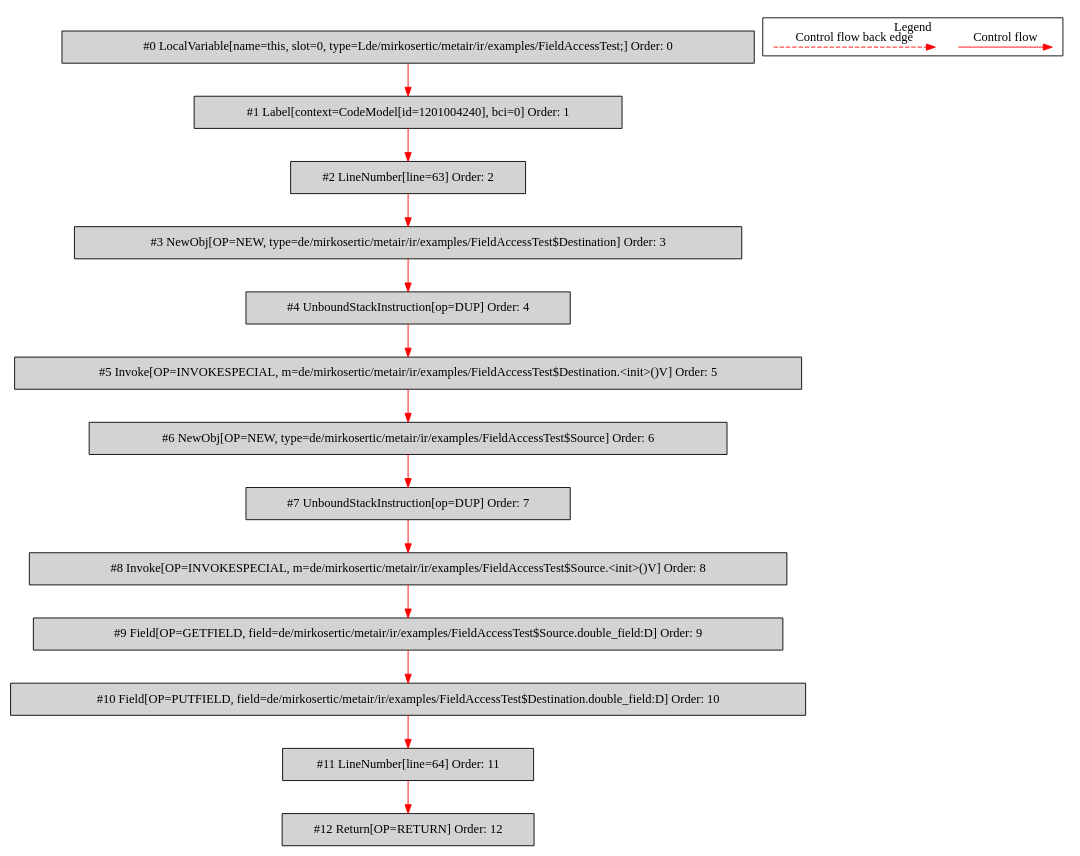
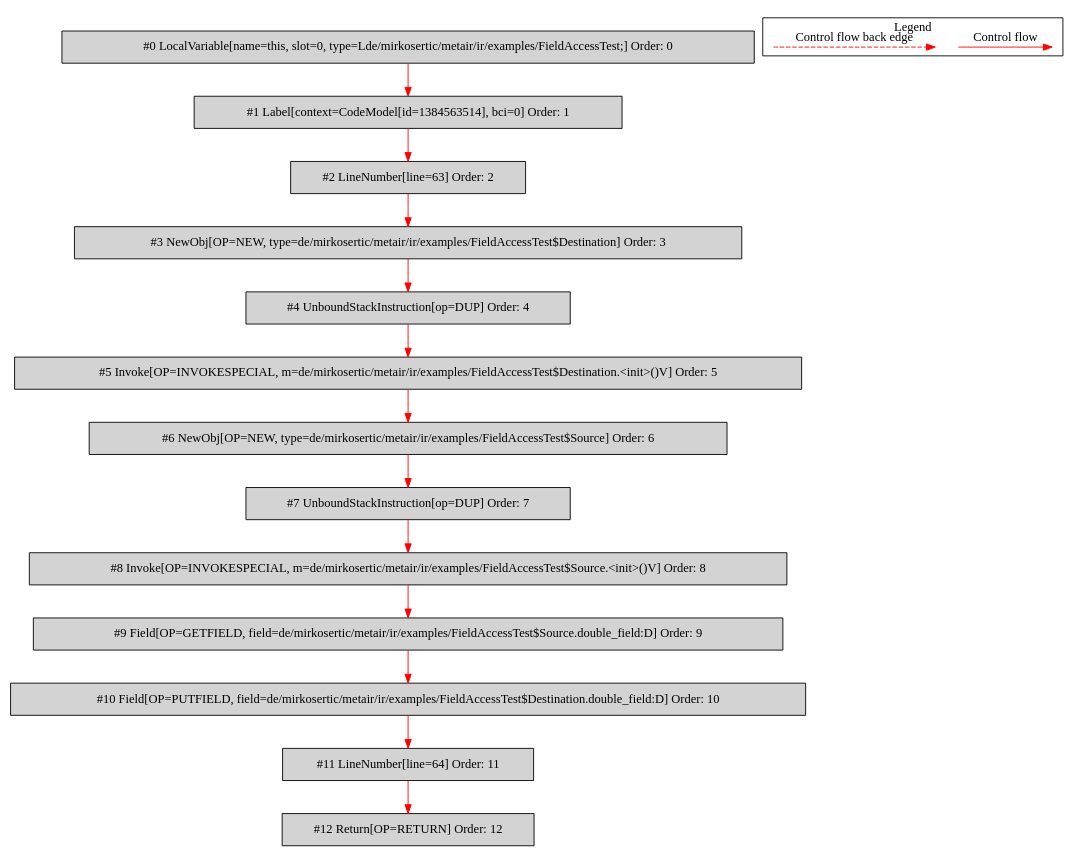
Before and after one commit to mirkosertic/MetaIR: the diagram in de.mirkosertic.metair.ir.examples.FieldAccessTest/copy_double/bytecodecfg.dot, drawn with Graphviz. The commit also changed 77 other files, not shown here.

```diff
--- a/de.mirkosertic.metair.ir.examples.FieldAccessTest/copy_double/bytecodecfg.dot
+++ b/de.mirkosertic.metair.ir.examples.FieldAccessTest/copy_double/bytecodecfg.dot
@@ -1,41 +1,41 @@
 digraph {
  node0[label="#0 LocalVariable[name=this, slot=0, type=Lde/mirkosertic/metair/ir/examples/FieldAccessTest;] Order: 0", shape=box, fillcolor=lightgrey, style=filled];
- node1[label="#1 Label[context=CodeModel[id=1201004240], bci=0] Order: 1", shape=box, fillcolor=lightgrey, style=filled];
+ node1[label="#1 Label[context=CodeModel[id=1384563514], bci=0] Order: 1", shape=box, fillcolor=lightgrey, style=filled];
  node2[label="#2 LineNumber[line=63] Order: 2", shape=box, fillcolor=lightgrey, style=filled];
  node3[label="#3 NewObj[OP=NEW, type=de/mirkosertic/metair/ir/examples/FieldAccessTest$Destination] Order: 3", shape=box, fillcolor=lightgrey, style=filled];
  node4[label="#4 UnboundStackInstruction[op=DUP] Order: 4", shape=box, fillcolor=lightgrey, style=filled];
  node5[label="#5 Invoke[OP=INVOKESPECIAL, m=de/mirkosertic/metair/ir/examples/FieldAccessTest$Destination.<init>()V] Order: 5", shape=box, fillcolor=lightgrey, style=filled];
  node6[label="#6 NewObj[OP=NEW, type=de/mirkosertic/metair/ir/examples/FieldAccessTest$Source] Order: 6", shape=box, fillcolor=lightgrey, style=filled];
  node7[label="#7 UnboundStackInstruction[op=DUP] Order: 7", shape=box, fillcolor=lightgrey, style=filled];
  node8[label="#8 Invoke[OP=INVOKESPECIAL, m=de/mirkosertic/metair/ir/examples/FieldAccessTest$Source.<init>()V] Order: 8", shape=box, fillcolor=lightgrey, style=filled];
  node9[label="#9 Field[OP=GETFIELD, field=de/mirkosertic/metair/ir/examples/FieldAccessTest$Source.double_field:D] Order: 9", shape=box, fillcolor=lightgrey, style=filled];
  node10[label="#10 Field[OP=PUTFIELD, field=de/mirkosertic/metair/ir/examples/FieldAccessTest$Destination.double_field:D] Order: 10", shape=box, fillcolor=lightgrey, style=filled];
  node11[label="#11 LineNumber[line=64] Order: 11", shape=box, fillcolor=lightgrey, style=filled];
  node12[label="#12 Return[OP=RETURN] Order: 12", shape=box, fillcolor=lightgrey, style=filled];
  node0 -> node1[color=red];
  node1 -> node2[color=red];
  node2 -> node3[color=red];
  node3 -> node4[color=red];
  node4 -> node5[color=red];
  node5 -> node6[color=red];
  node6 -> node7[color=red];
  node7 -> node8[color=red];
  node8 -> node9[color=red];
  node9 -> node10[color=red];
  node10 -> node11[color=red];
  node11 -> node12[color=red];
  subgraph cluster_000 {
   label = "Legend";
   node [shape=point]
   {
    rank=same;
    c0 [style = invis];
    c1 [style = invis];
    c2 [style = invis];
    c3 [style = invis];
   }
   c0 -> c1 [label="Control flow", style=solid, color=red]
   c2 -> c3 [label="Control flow back edge", style=dashed, color=red]
  }
 
 }
```
